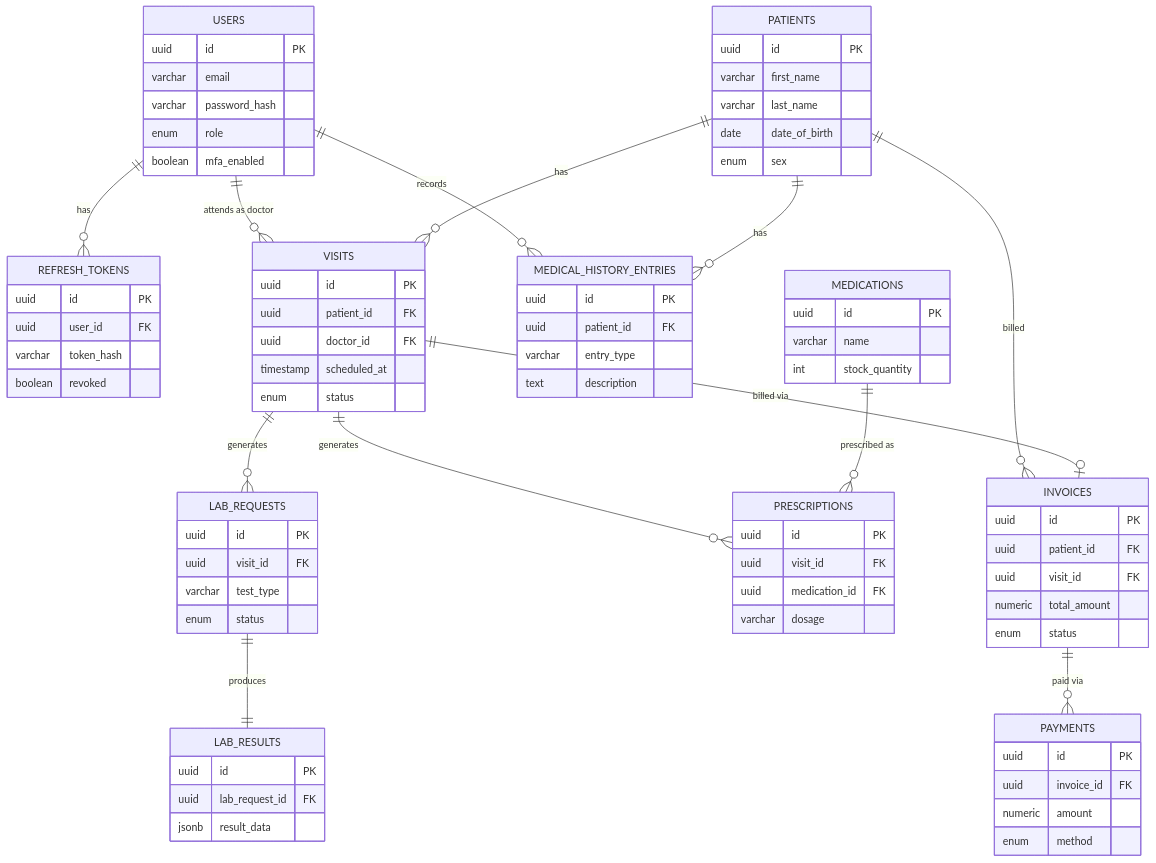
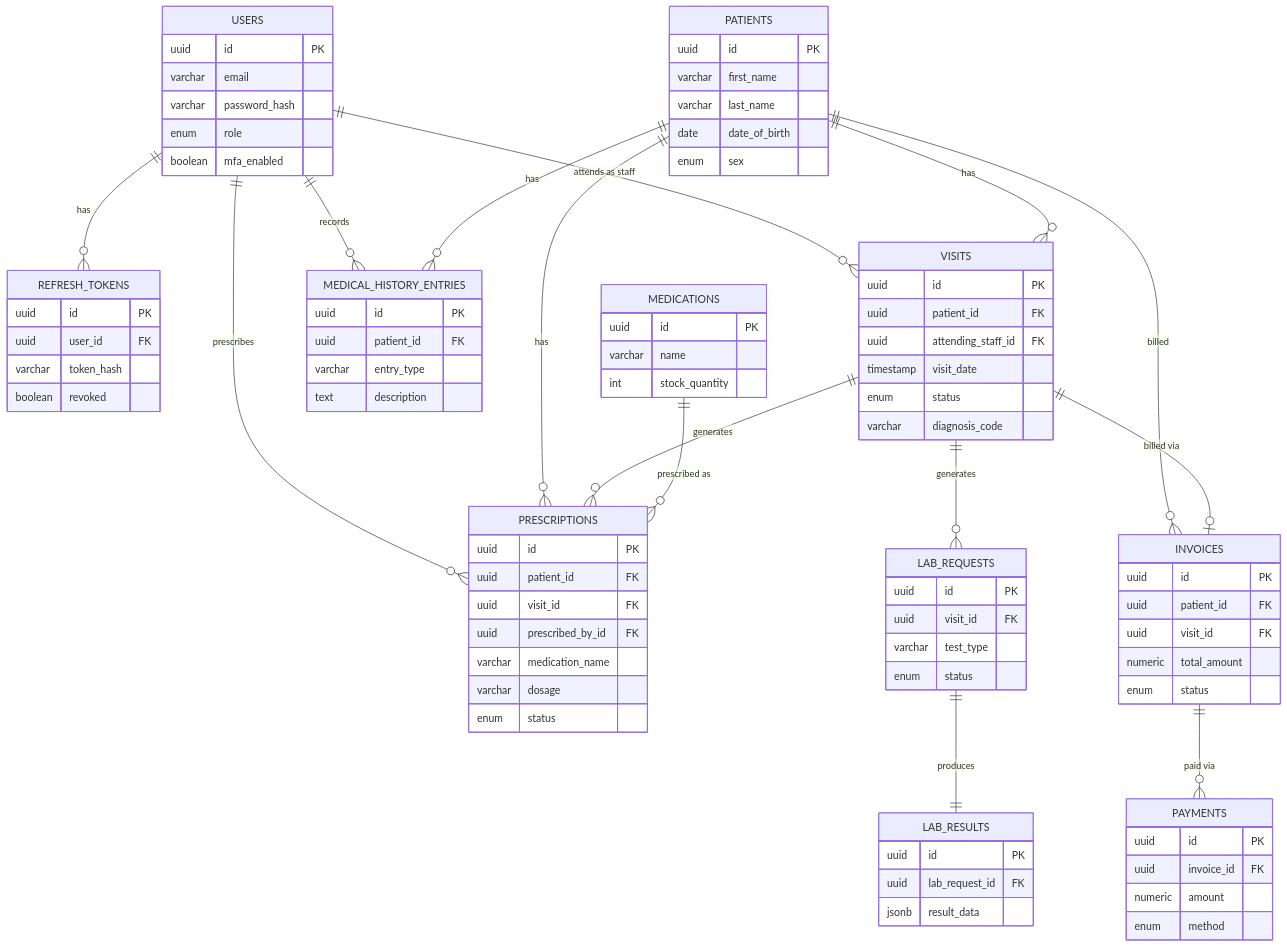
One commit to Mugabo-art/enterprise-healthcare-platform changed the diagram in docs/ER_DIAGRAM.md. Above: the diagram before and after it, drawn with Mermaid. The commit also changed 22 other files, not shown here.

First line of the commit message:
feat(doctor): add doctor module - schedule, prescriptions, visit diagnosis

````diff
--- a/docs/ER_DIAGRAM.md
+++ b/docs/ER_DIAGRAM.md
@@ -4,10 +4,12 @@
 ```mermaid
 erDiagram
     USERS ||--o{ REFRESH_TOKENS : has
-    USERS ||--o{ VISITS : "attends as doctor"
+    USERS ||--o{ VISITS : "attends as staff"
     USERS ||--o{ MEDICAL_HISTORY_ENTRIES : records
+    USERS ||--o{ PRESCRIPTIONS : prescribes
     PATIENTS ||--o{ MEDICAL_HISTORY_ENTRIES : has
     PATIENTS ||--o{ VISITS : has
+    PATIENTS ||--o{ PRESCRIPTIONS : has
     PATIENTS ||--o{ INVOICES : billed
     VISITS ||--o{ PRESCRIPTIONS : generates
     VISITS ||--o{ LAB_REQUESTS : generates
@@ -39,15 +41,19 @@
     VISITS {
         uuid id PK
         uuid patient_id FK
-        uuid doctor_id FK
-        timestamp scheduled_at
+        uuid attending_staff_id FK
+        timestamp visit_date
         enum status
+        varchar diagnosis_code
     }
     PRESCRIPTIONS {
         uuid id PK
+        uuid patient_id FK
         uuid visit_id FK
-        uuid medication_id FK
+        uuid prescribed_by_id FK
+        varchar medication_name
         varchar dosage
+        enum status
     }
     LAB_REQUESTS {
         uuid id PK
````
